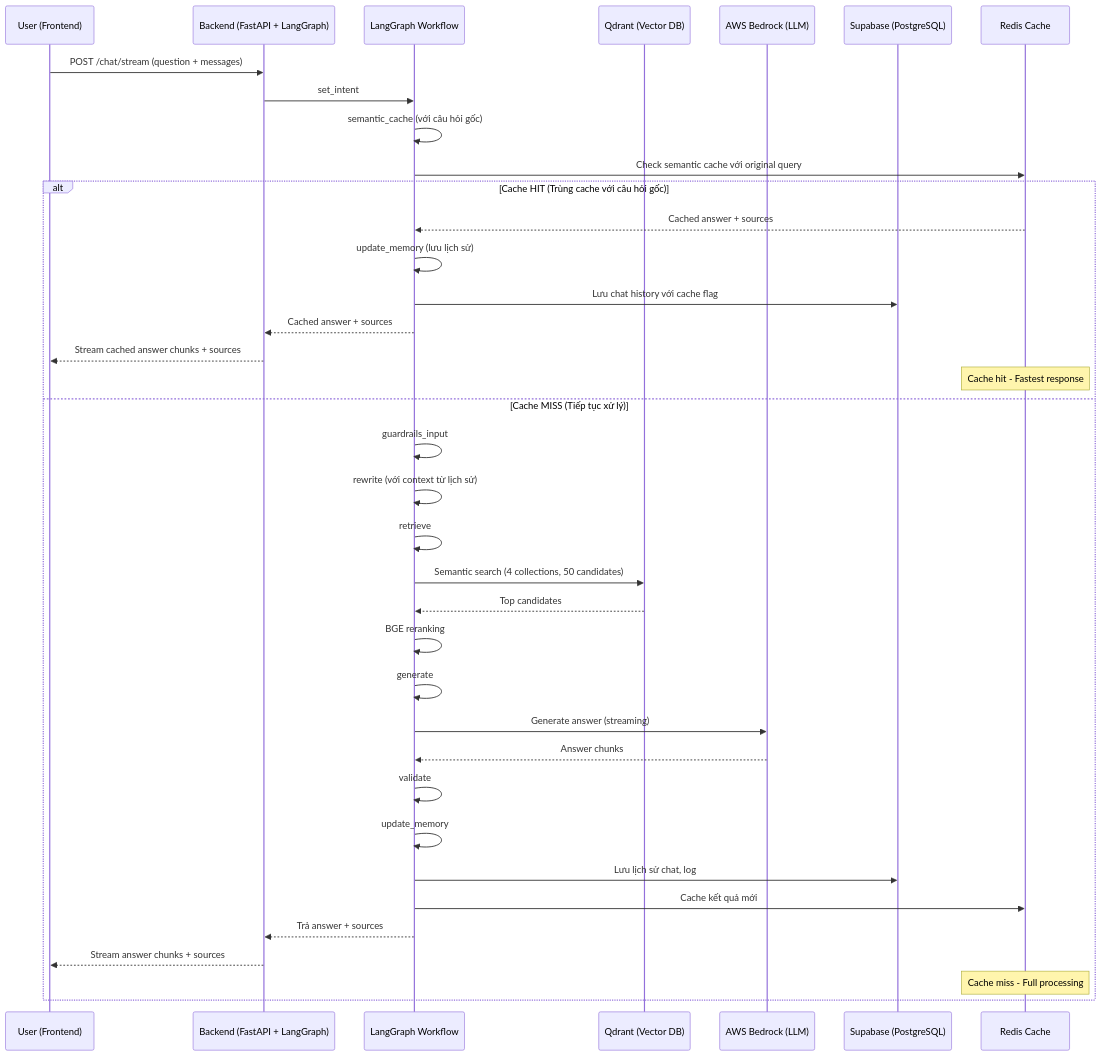
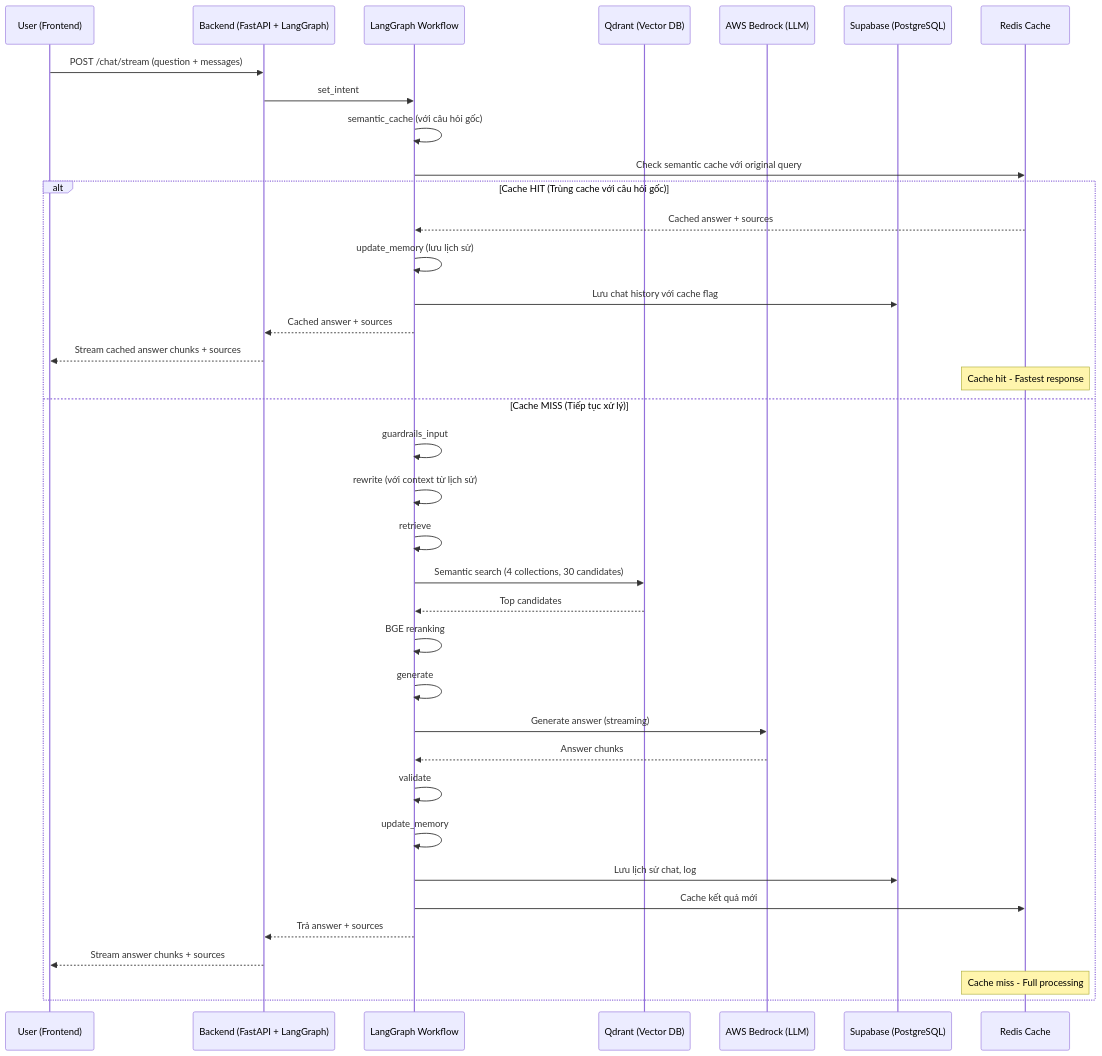
One commit to tuananhne1110/Cutru_chatbot changed the second of 2 diagrams in docs/Workflow.md. Above: the diagram before and after it, drawn with Mermaid. The commit also changed other lines of this file and 8 other files, not shown here.

````diff
--- a/docs/Workflow.md
+++ b/docs/Workflow.md
@@ -109,42 +109,42 @@
 ```mermaid
 sequenceDiagram
     participant U as User (Frontend)
     participant B as Backend (FastAPI + LangGraph)
     participant L as LangGraph Workflow
     participant Q as Qdrant (Vector DB)
     participant LLM as AWS Bedrock (LLM)
     participant S as Supabase (PostgreSQL)
     participant C as Redis Cache
     
     U->>B: POST /chat/stream (question + messages)
     B->>L: set_intent
     L->>L: semantic_cache (với câu hỏi gốc)
     L->>C: Check semantic cache với original query
     
     alt Cache HIT (Trùng cache với câu hỏi gốc)
         C-->>L: Cached answer + sources
         L->>L: update_memory (lưu lịch sử)
         L->>S: Lưu chat history với cache flag
         L-->>B: Cached answer + sources
         B-->>U: Stream cached answer chunks + sources
         Note over C: Cache hit - Fastest response
         
     else Cache MISS (Tiếp tục xử lý)
         L->>L: guardrails_input
         L->>L: rewrite (với context từ lịch sử)
         L->>L: retrieve
-        L->>Q: Semantic search (4 collections, 50 candidates)
+        L->>Q: Semantic search (4 collections, 30 candidates)
         Q-->>L: Top candidates
         L->>L: BGE reranking
         L->>L: generate
         L->>LLM: Generate answer (streaming)
         LLM-->>L: Answer chunks
         L->>L: validate
         L->>L: update_memory
         L->>S: Lưu lịch sử chat, log
         L->>C: Cache kết quả mới
         L-->>B: Trả answer + sources
         B-->>U: Stream answer chunks + sources
         Note over C: Cache miss - Full processing
     end
 ```
````
